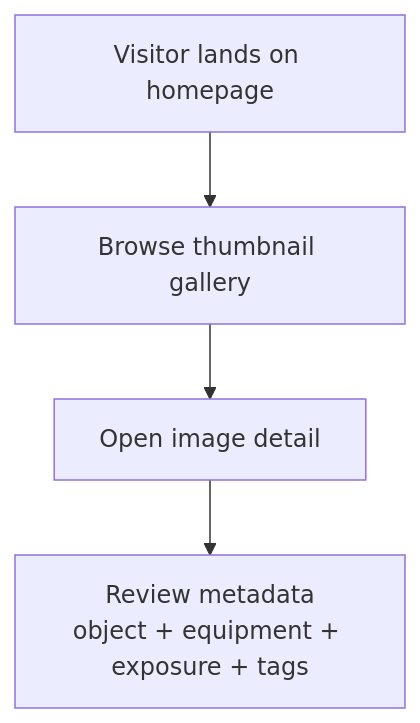
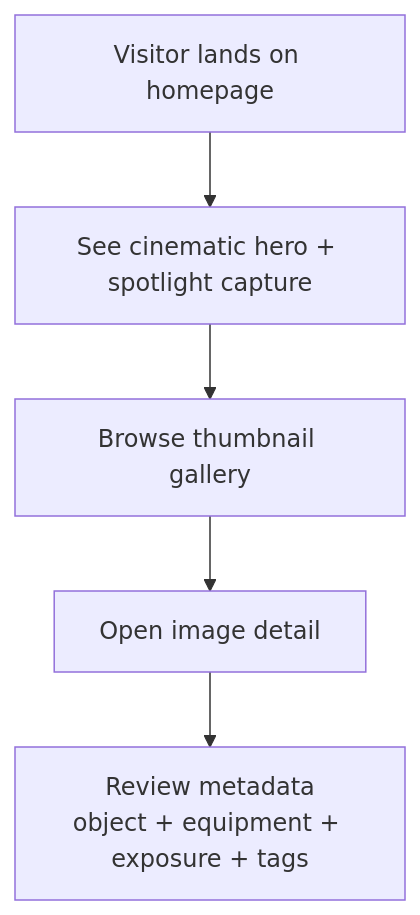
The first of 3 diagrams in README.md (smeird/images), drawn with Mermaid before and after one commit. The commit also changed other lines of this file and 4 other files, not shown here.

First line of the commit message:
Uplift gallery visual design and spotlight experience

````diff
--- a/README.md
+++ b/README.md
@@ -108,6 +110,7 @@
 ```mermaid
 flowchart TD
-  A[Visitor lands on homepage] --> B[Browse thumbnail gallery]
-  B --> C[Open image detail]
-  C --> D[Review metadata\nobject + equipment + exposure + tags]
+  A[Visitor lands on homepage] --> B[See cinematic hero + spotlight capture]
+  B --> C[Browse thumbnail gallery]
+  C --> D[Open image detail]
+  D --> E[Review metadata\nobject + equipment + exposure + tags]
 ```
````
